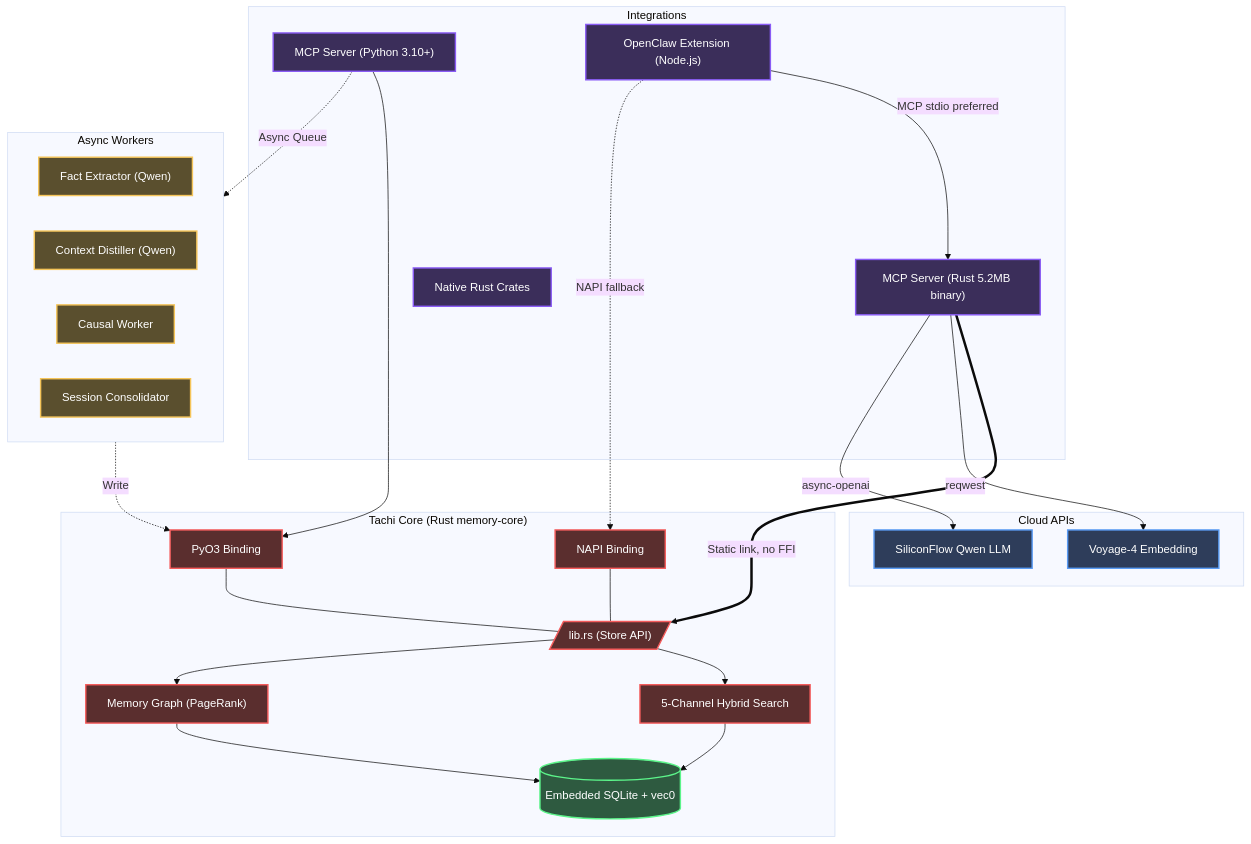
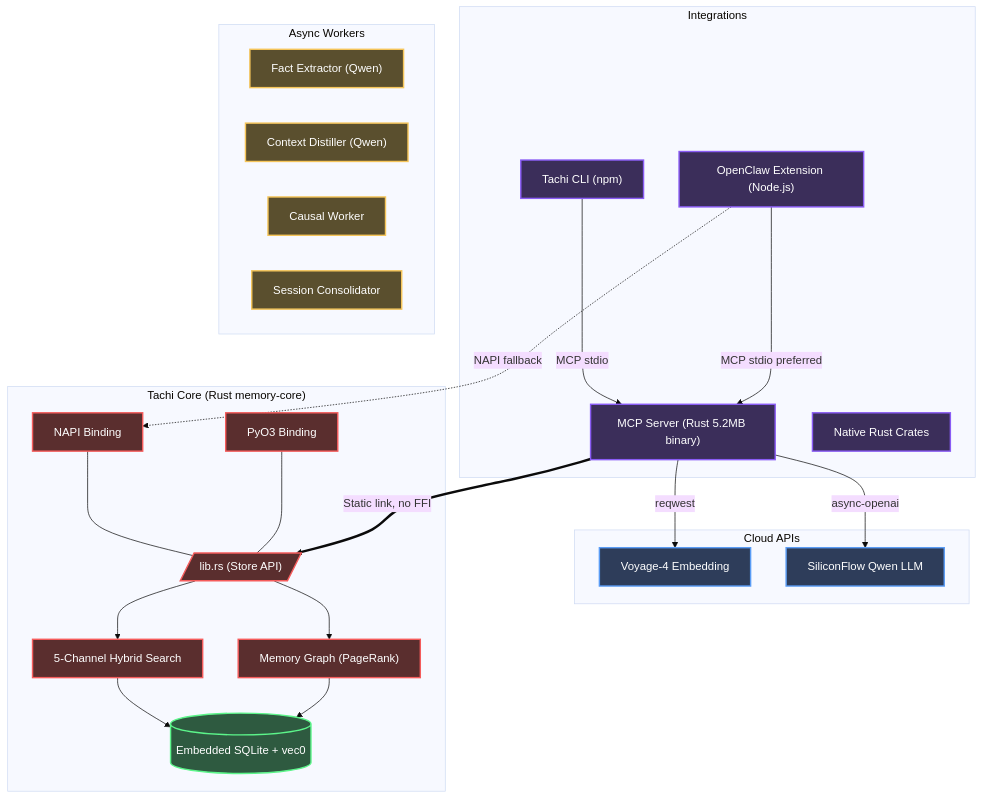
Before and after one commit to kckylechen1/tachi: the diagram in README.en.md, drawn with Mermaid (base theme). The commit also changed other lines of this file and 4 other files, not shown here.

````diff
--- a/README.en.md
+++ b/README.en.md
@@ -221,56 +217,54 @@
 ```mermaid
 graph TD
     subgraph Clients["Integrations"]
-        MCP["MCP Server (Python 3.10+)"]
+        CLI["Tachi CLI (npm)"]
         RMCP["MCP Server (Rust 5.2MB binary)"]
         OC["OpenClaw Extension (Node.js)"]
         NATIVE["Native Rust Crates"]
     end
 
     subgraph Cloud["Cloud APIs"]
         VOYAGE["Voyage-4 Embedding"]
         SILICON["SiliconFlow Qwen LLM"]
     end
 
     subgraph Operations["Async Workers"]
         EXTRACT["Fact Extractor (Qwen)"]
         DISTILL["Context Distiller (Qwen)"]
         CAUSAL["Causal Worker"]
         CONSOLIDATE["Session Consolidator"]
     end
 
     subgraph Core["Tachi Core (Rust memory-core)"]
         NAPI["NAPI Binding"]
         PYO3["PyO3 Binding"]
 
         NAPI --- LIB[/"lib.rs (Store API)"/]
         PYO3 --- LIB
 
         LIB --> SEARCH["5-Channel Hybrid Search"]
         LIB --> GRAPH["Memory Graph (PageRank)"]
 
         SEARCH --> SQLITE[("Embedded SQLite + vec0")]
         GRAPH --> SQLITE
     end
 
     RMCP ==>|"Static link, no FFI"| LIB
     RMCP -->|"reqwest"| VOYAGE
     RMCP -->|"async-openai"| SILICON
-    MCP --> PYO3
+    CLI -->|"MCP stdio"| RMCP
     OC -->|"MCP stdio preferred"| RMCP
     OC -.->|"NAPI fallback"| NAPI
-    MCP -.->|"Async Queue"| Operations
-    Operations -.->|"Write"| PYO3
 
     classDef client fill:#3b2e5a,stroke:#8a5cf5,stroke-width:2px,color:#fff;
     classDef cloud fill:#2e3d5a,stroke:#5a9cf5,stroke-width:2px,color:#fff;
     classDef worker fill:#5a4f2e,stroke:#f5c55a,stroke-width:2px,color:#fff;
     classDef rust fill:#5a2e2e,stroke:#f55c5c,stroke-width:2px,color:#fff;
     classDef db fill:#2e5a40,stroke:#5cf58a,stroke-width:2px,color:#fff;
 
-    class MCP,RMCP,OC,NATIVE client;
+    class CLI,RMCP,OC,NATIVE client;
     class VOYAGE,SILICON cloud;
     class EXTRACT,DISTILL,CAUSAL,CONSOLIDATE worker;
     class NAPI,PYO3,LIB,SEARCH,GRAPH rust;
     class SQLITE db;
 ```
````
